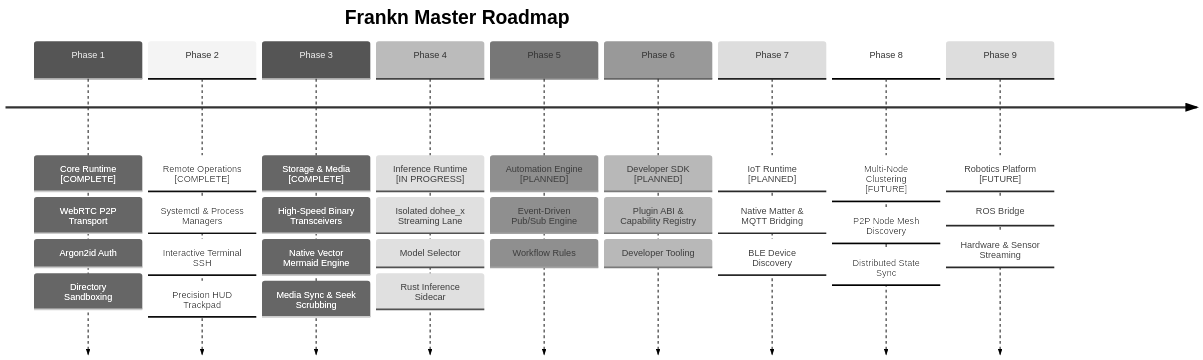
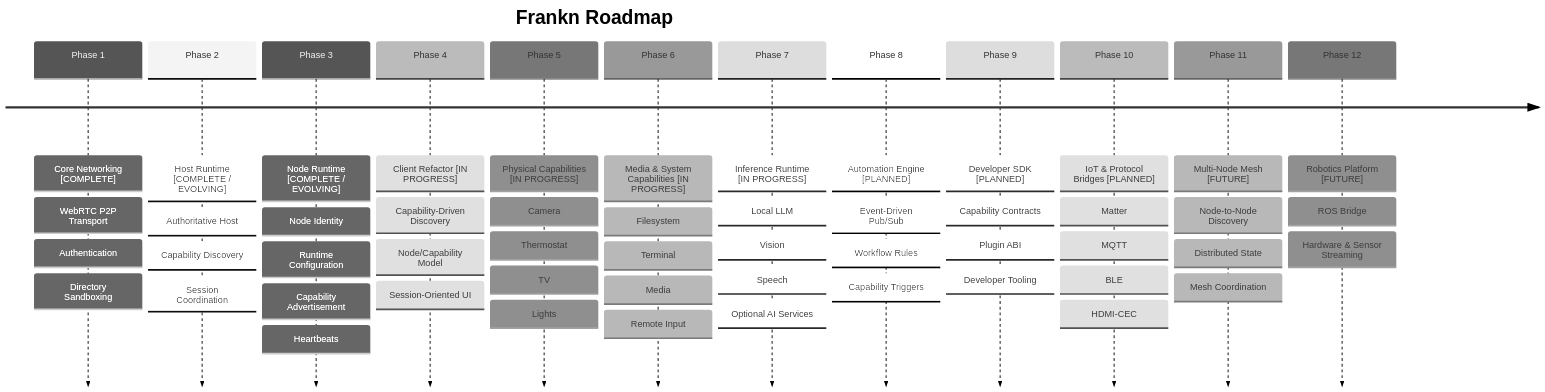
Before and after one commit to scott-astatine/Frankn: diagram 13 of 14 in README.md, drawn with Mermaid (neutral theme). The commit also changed other lines of this file and 9 other files, not shown here.

First line of the commit message:
feat(camera): hardware probing, modular camera capability & signaling safety

````diff
--- a/README.md
+++ b/README.md
@@ -266,13 +774,17 @@
 ```mermaid
 timeline
-    title Frankn Master Roadmap
-    Phase 1 : Core Runtime [COMPLETE] : WebRTC P2P Transport : Argon2id Auth : Directory Sandboxing
-    Phase 2 : Remote Operations [COMPLETE] : Systemctl & Process Managers : Interactive Terminal SSH : Precision HUD Trackpad
-    Phase 3 : Storage & Media [COMPLETE] : High-Speed Binary Transceivers : Native Vector Mermaid Engine : Media Sync & Seek Scrubbing
-    Phase 4 : Inference Runtime [IN PROGRESS] : Isolated dohee_x Streaming Lane : Model Selector : Rust Inference Sidecar
-    Phase 5 : Automation Engine [PLANNED] : Event-Driven Pub/Sub Engine : Workflow Rules
-    Phase 6 : Developer SDK [PLANNED] : Plugin ABI & Capability Registry : Developer Tooling
-    Phase 7 : IoT Runtime [PLANNED] : Native Matter & MQTT Bridging : BLE Device Discovery
-    Phase 8 : Multi-Node Clustering [FUTURE] : P2P Node Mesh Discovery : Distributed State Sync
-    Phase 9 : Robotics Platform [FUTURE] : ROS Bridge : Hardware & Sensor Streaming
+    title Frankn Roadmap
+
+    Phase 1 : Core Networking [COMPLETE] : WebRTC P2P Transport : Authentication : Directory Sandboxing
+    Phase 2 : Host Runtime [COMPLETE / EVOLVING] : Authoritative Host : Capability Discovery : Session Coordination
+    Phase 3 : Node Runtime [COMPLETE / EVOLVING] : Node Identity : Runtime Configuration : Capability Advertisement : Heartbeats
+    Phase 4 : Client Refactor [IN PROGRESS] : Capability-Driven Discovery : Node/Capability Model : Session-Oriented UI
+    Phase 5 : Physical Capabilities [IN PROGRESS] : Camera : Thermostat : TV : Lights
+    Phase 6 : Media & System Capabilities [IN PROGRESS] : Filesystem : Terminal : Media : Remote Input
+    Phase 7 : Inference Runtime [IN PROGRESS] : Local LLM : Vision : Speech : Optional AI Services
+    Phase 8 : Automation Engine [PLANNED] : Event-Driven Pub/Sub : Workflow Rules : Capability Triggers
+    Phase 9 : Developer SDK [PLANNED] : Capability Contracts : Plugin ABI : Developer Tooling
+    Phase 10 : IoT & Protocol Bridges [PLANNED] : Matter : MQTT : BLE : HDMI-CEC
+    Phase 11 : Multi-Node Mesh [FUTURE] : Node-to-Node Discovery : Distributed State : Mesh Coordination
+    Phase 12 : Robotics Platform [FUTURE] : ROS Bridge : Hardware & Sensor Streaming
 ```
````
